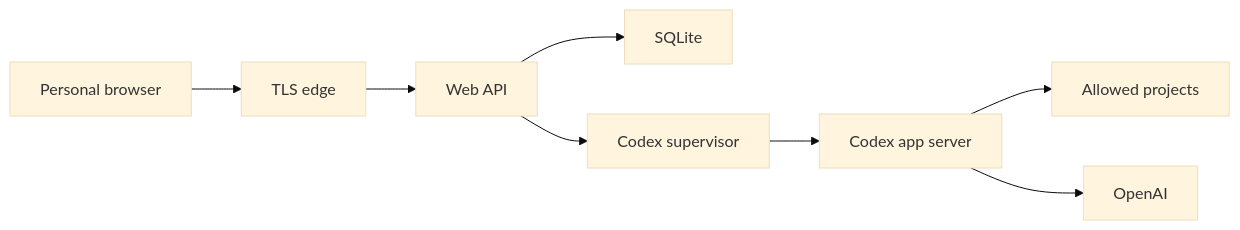
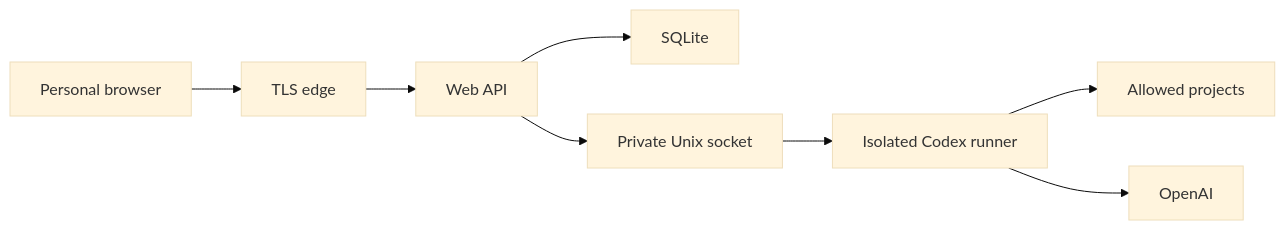
The diagram in docs/Codex_Web_UI-threat-model.md (DemaNFox/codex_cli_ui), drawn with Mermaid (base theme) before and after one commit. The commit also changed other lines of this file and 24 other files, not shown here.

````diff
--- a/docs/Codex_Web_UI-threat-model.md
+++ b/docs/Codex_Web_UI-threat-model.md
@@ -37,10 +38,10 @@
 ```mermaid
 flowchart LR
   B["Personal browser"] --> E["TLS edge"]
   E --> A["Web API"]
   A --> D["SQLite"]
-  A --> S["Codex supervisor"]
-  S --> C["Codex app server"]
+  A --> S["Private Unix socket"]
+  S --> C["Isolated Codex runner"]
   C --> P["Allowed projects"]
   C --> O["OpenAI"]
 ```
````
